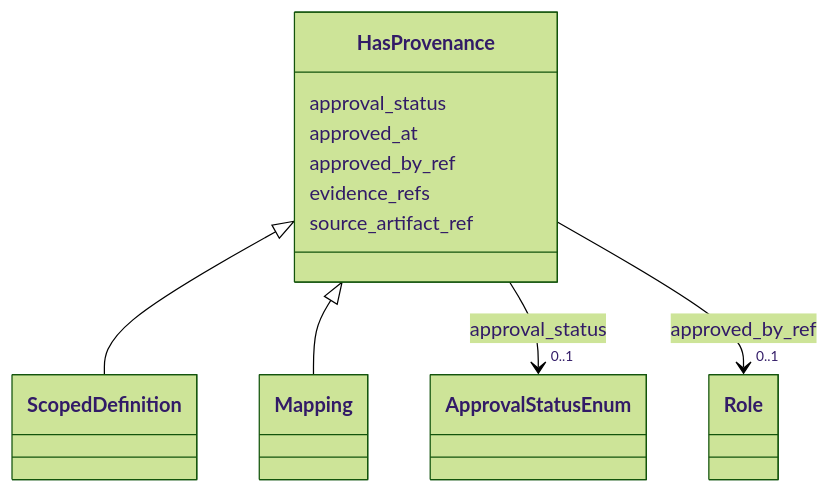
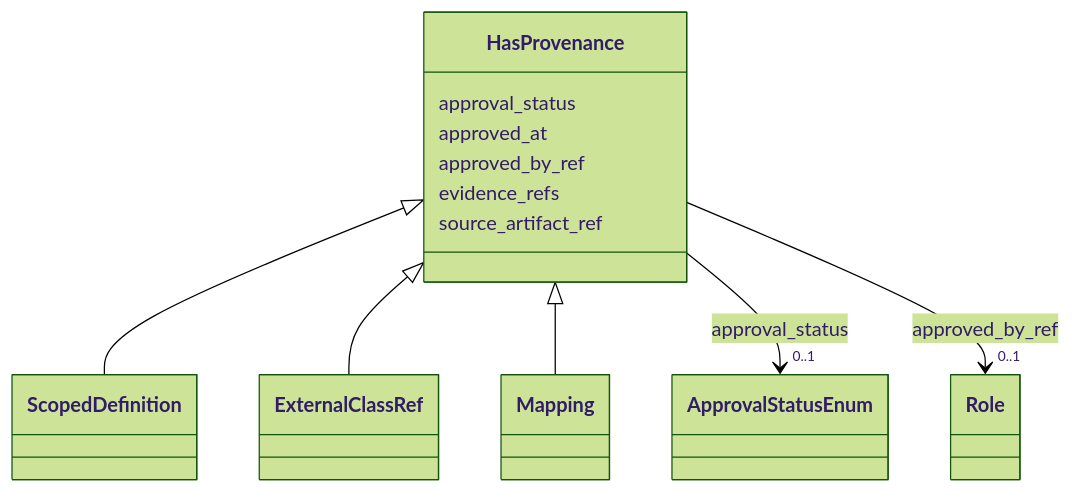
The diagram in generated/artifacts/moex-dams/0.1/diagrams/HasProvenance.md (oista/moex-data-model), drawn with Mermaid (forest theme) before and after one commit. The commit also changed 62 other files, not shown here.

````diff
--- a/generated/artifacts/moex-dams/0.1/diagrams/HasProvenance.md
+++ b/generated/artifacts/moex-dams/0.1/diagrams/HasProvenance.md
@@ -4,39 +4,41 @@
 ```mermaid
  classDiagram
     class HasProvenance
     click HasProvenance href "../HasProvenance"
       HasProvenance <|-- ScopedDefinition
         click ScopedDefinition href "../ScopedDefinition"
+      HasProvenance <|-- ExternalClassRef
+        click ExternalClassRef href "../ExternalClassRef"
       HasProvenance <|-- Mapping
         click Mapping href "../Mapping"
       
       HasProvenance : approval_status
         
           
     
         
         
         HasProvenance --> "0..1" ApprovalStatusEnum : approval_status
         click ApprovalStatusEnum href "../ApprovalStatusEnum"
     
 
         
       HasProvenance : approved_at
         
       HasProvenance : approved_by_ref
         
           
     
         
         
         HasProvenance --> "0..1" Role : approved_by_ref
         click Role href "../Role"
     
 
         
       HasProvenance : evidence_refs
         
       HasProvenance : source_artifact_ref
         
       
 ```
````
